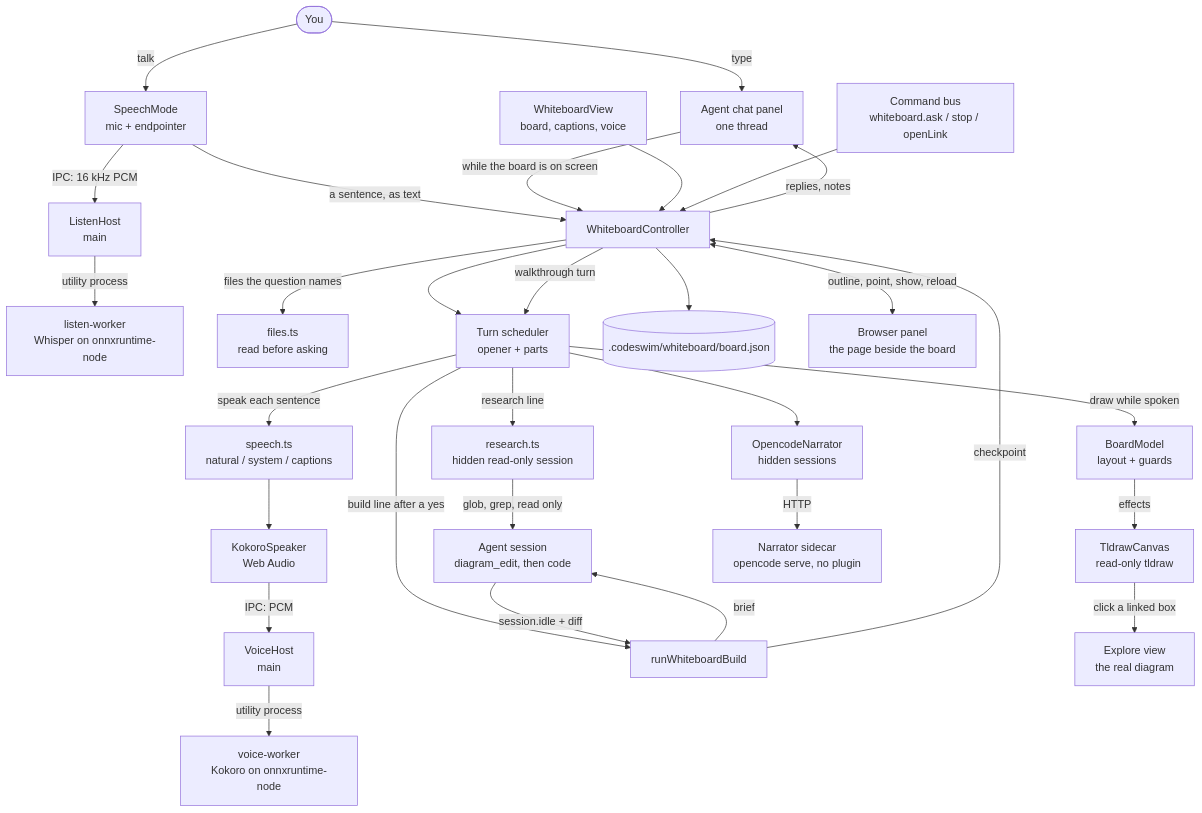
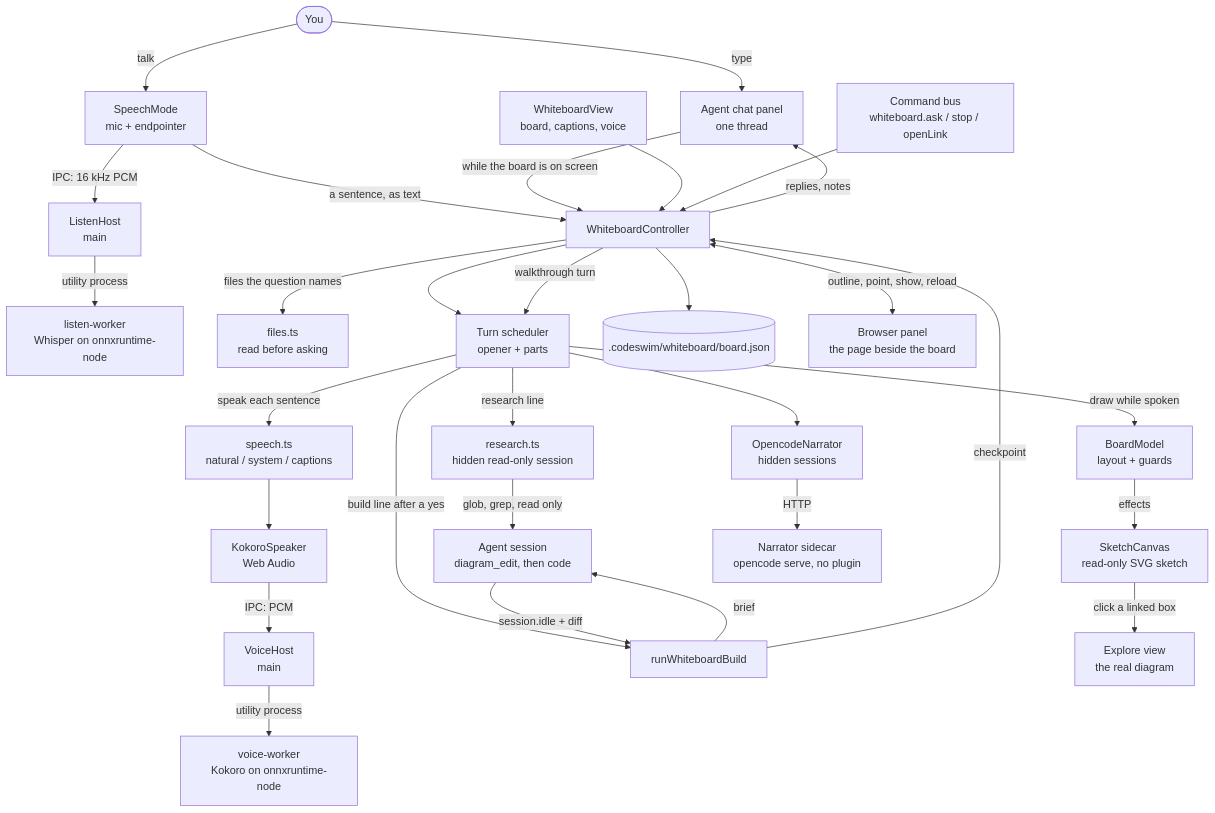
One commit to keithagroves/codeswim changed the diagram in architecture/whiteboard.md. Above: the diagram before and after it, drawn with Mermaid. The commit also changed other lines of this file and 25 other files, not shown here.

First line of the commit message:
Draw the whiteboard with our own SVG sketch instead of tldraw

````diff
--- a/architecture/whiteboard.md
+++ b/architecture/whiteboard.md
@@ -20,56 +20,56 @@
 ```mermaid
 flowchart TD
     Person([You]) -->|type| Chat[Agent chat panel<br/>one thread]
     Person -->|talk| Listen[SpeechMode<br/>mic + endpointer]
     Listen -->|IPC: 16 kHz PCM| ListenHost[ListenHost<br/>main]
     ListenHost -->|utility process| ListenWorker[listen-worker<br/>Whisper on onnxruntime-node]
     Listen -->|a sentence, as text| Ctl
     Chat -->|while the board is on screen| Ctl[WhiteboardController]
     Ctl -->|replies, notes| Chat
     View[WhiteboardView<br/>board, captions, voice] --> Ctl
     Ctl -->|files the question names| Files[files.ts<br/>read before asking]
     Turn -->|research line| Research[research.ts<br/>hidden read-only session]
     Research -->|glob, grep, read only| Agent
     Ctl --> Turn[Turn scheduler<br/>opener + parts]
     Turn -->|speak each sentence| Speech[speech.ts<br/>natural / system / captions]
     Speech --> Kokoro[KokoroSpeaker<br/>Web Audio]
     Kokoro -->|IPC: PCM| VoiceHost[VoiceHost<br/>main]
     VoiceHost -->|utility process| VoiceWorker[voice-worker<br/>Kokoro on onnxruntime-node]
     Turn -->|draw while spoken| Board[BoardModel<br/>layout + guards]
-    Board -->|effects| Canvas[TldrawCanvas<br/>read-only tldraw]
+    Board -->|effects| Canvas[SketchCanvas<br/>read-only SVG sketch]
     Turn --> Transport[OpencodeNarrator<br/>hidden sessions]
     Transport -->|HTTP| Narrator[Narrator sidecar<br/>opencode serve, no plugin]
     Turn -->|build line after a yes| Build[runWhiteboardBuild]
     Build -->|brief| Agent[Agent session<br/>diagram_edit, then code]
     Agent -->|session.idle + diff| Build
     Build -->|checkpoint| Ctl
     Ctl -->|walkthrough turn| Turn
     Canvas -->|click a linked box| Explore[Explore view<br/>the real diagram]
     Ctl --> Save[(.codeswim/whiteboard/board.json)]
     Ctl <-->|outline, point, show, reload| Page[Browser panel<br/>the page beside the board]
     Bus[Command bus<br/>whiteboard.ask / stop / openLink] --> Ctl
 
     click Listen call navigate("../apps/desktop/src/renderer/src/whiteboard/speech-mode.ts")
     click ListenHost call navigate("../apps/desktop/src/main/listen.ts")
     click ListenWorker call navigate("../apps/desktop/src/main/listen-worker.ts")
     click View call navigate("../apps/desktop/src/renderer/src/components/WhiteboardView.tsx")
     click Chat call navigate("../apps/desktop/src/renderer/src/components/ChatPanel.tsx")
     click Files call navigate("../packages/whiteboard/src/files.ts")
     click Research call navigate("../apps/desktop/src/renderer/src/whiteboard/research.ts")
     click Ctl call navigate("../apps/desktop/src/renderer/src/whiteboard/controller.ts")
     click Turn call navigate("../packages/whiteboard/src/turn.ts")
     click Speech call navigate("../apps/desktop/src/renderer/src/whiteboard/speech.ts")
     click Kokoro call navigate("../apps/desktop/src/renderer/src/whiteboard/kokoro-speaker.ts")
     click VoiceHost call navigate("../apps/desktop/src/main/voice.ts")
     click VoiceWorker call navigate("../apps/desktop/src/main/voice-worker.ts")
     click Board call navigate("../packages/whiteboard/src/board.ts")
-    click Canvas call navigate("../apps/desktop/src/renderer/src/whiteboard/tldraw-canvas.ts")
+    click Canvas call navigate("../apps/desktop/src/renderer/src/whiteboard/sketch-canvas.ts")
     click Transport call navigate("../apps/desktop/src/renderer/src/whiteboard/narrator.ts")
     click Narrator call navigate("../apps/desktop/src/main/sidecar.ts")
     click Build call navigate("../apps/desktop/src/renderer/src/whiteboard/build.ts")
     click Agent call navigate("./agent-harness.md")
     click Explore call navigate("./renderer.md")
     click Save call navigate("../apps/desktop/src/main/whiteboard-file.ts")
     click Bus call navigate("../apps/desktop/src/renderer/src/commands/whiteboard.ts")
     click Page call navigate("./renderer.md")
 ```
````
